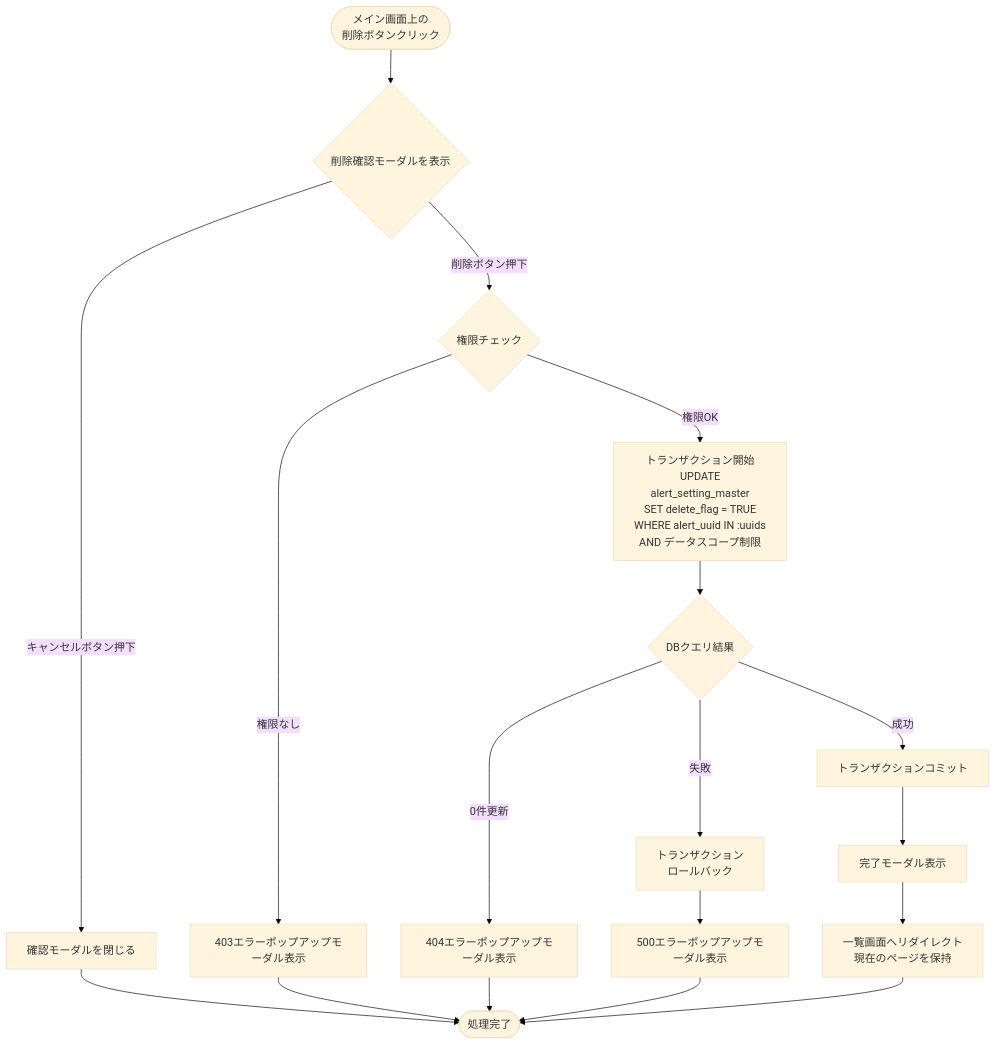
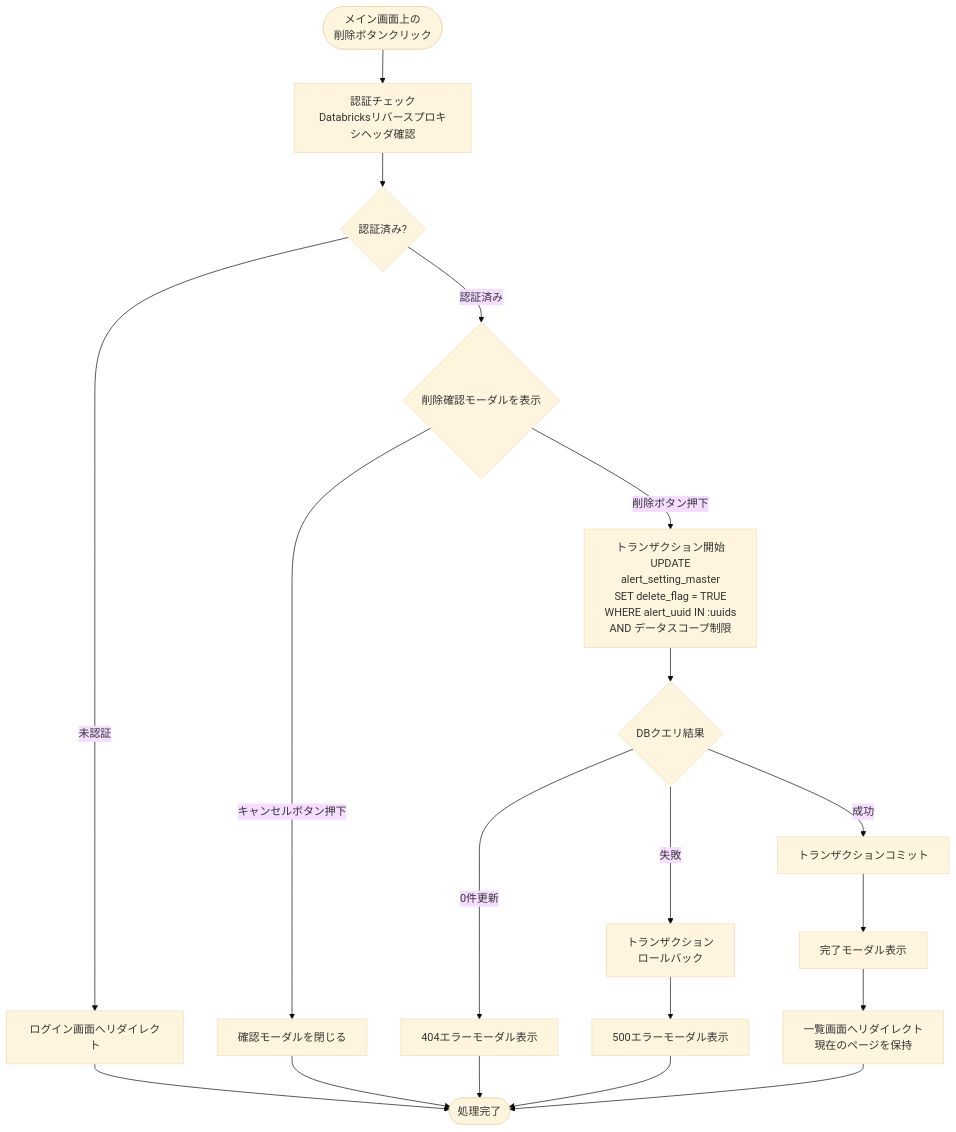
One commit to NSW-SVCP-AIWG002/Databricks-IoT changed the seventh of 9 diagrams in docs/03-features/flask-app/alert-settings/workflow-specification.md. Above: the diagram before and after it, drawn with Mermaid (base theme). The commit also changed other lines of this file and 2 other files, not shown here.

````diff
--- a/docs/03-features/flask-app/alert-settings/workflow-specification.md
+++ b/docs/03-features/flask-app/alert-settings/workflow-specification.md
@@ -623,27 +673,27 @@
 ```mermaid
 flowchart TD
-    Start([メイン画面上の<br>削除ボタンクリック]) --> UserAction{削除確認モーダルを表示}
+    Start([メイン画面上の<br>削除ボタンクリック]) --> Auth[認証チェック<br>Databricksリバースプロキシヘッダ確認]
+    Auth --> CheckAuth{認証済み?}
+    CheckAuth -->|未認証| Error401[ログイン画面へリダイレクト]
+    Error401 --> End([処理完了])
+
+    CheckAuth -->|認証済み| UserAction{削除確認モーダルを表示}
 
     UserAction -->|キャンセルボタン押下| Cancel[確認モーダルを閉じる]
     Cancel --> End
 
-    UserAction -->|削除ボタン押下| CheckAuth{権限チェック}
-    
-    CheckAuth -->|権限なし| Error403[403エラーポップアップモーダル表示]
-    Error403 --> End
-
-    CheckAuth -->|権限OK| TxStart[トランザクション開始<br>UPDATE<br> alert_setting_master<br>SET delete_flag = TRUE<br>WHERE alert_uuid IN :uuids<br>AND データスコープ制限]
+    UserAction -->|削除ボタン押下| TxStart[トランザクション開始<br>UPDATE<br> alert_setting_master<br>SET delete_flag = TRUE<br>WHERE alert_uuid IN :uuids<br>AND データスコープ制限]
     TxStart --> CheckDB{DBクエリ結果}
 
-    CheckDB -->|0件更新| Error404[404エラーポップアップモーダル表示]
+    CheckDB -->|0件更新| Error404[404エラーモーダル表示]
     Error404 --> End
-    
+
     CheckDB -->|失敗| Rollback[トランザクション<br>ロールバック]
-    Rollback --> ErrorMsg[500エラーポップアップモーダル表示]
+    Rollback --> ErrorMsg[500エラーモーダル表示]
     ErrorMsg --> End
 
     CheckDB -->|成功| Commit[トランザクションコミット]
     Commit --> SuccessMsg[完了モーダル表示]
     SuccessMsg --> Redirect[一覧画面へリダイレクト<br>現在のページを保持]
-    Redirect --> End([処理完了])
+    Redirect --> End
 ```
````
